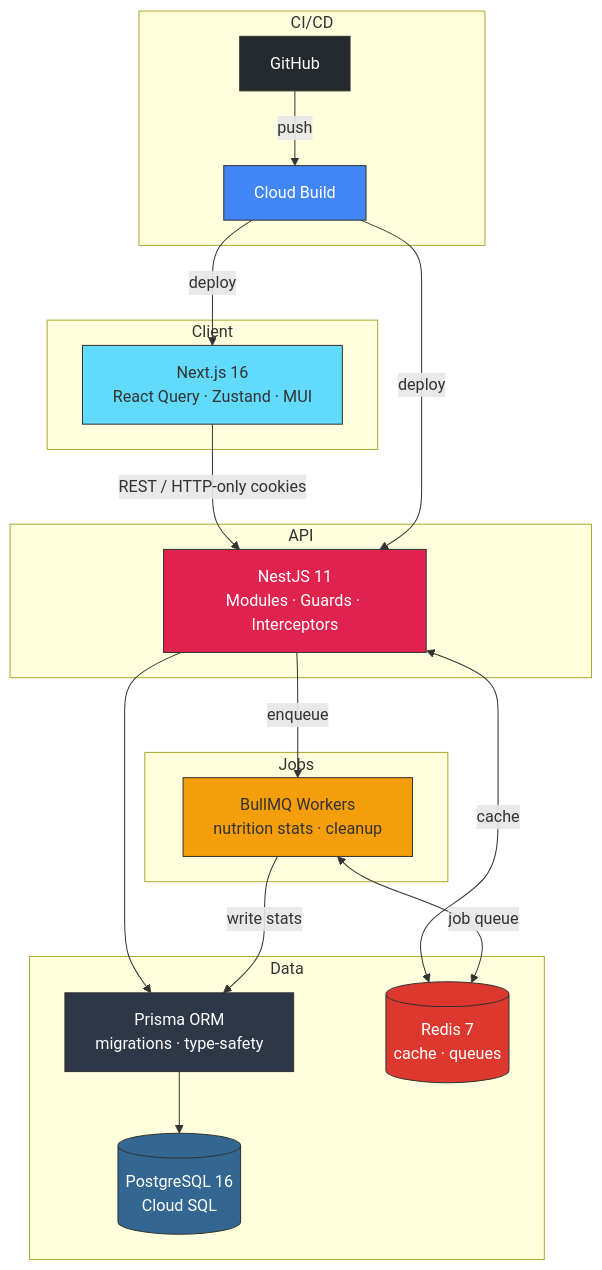
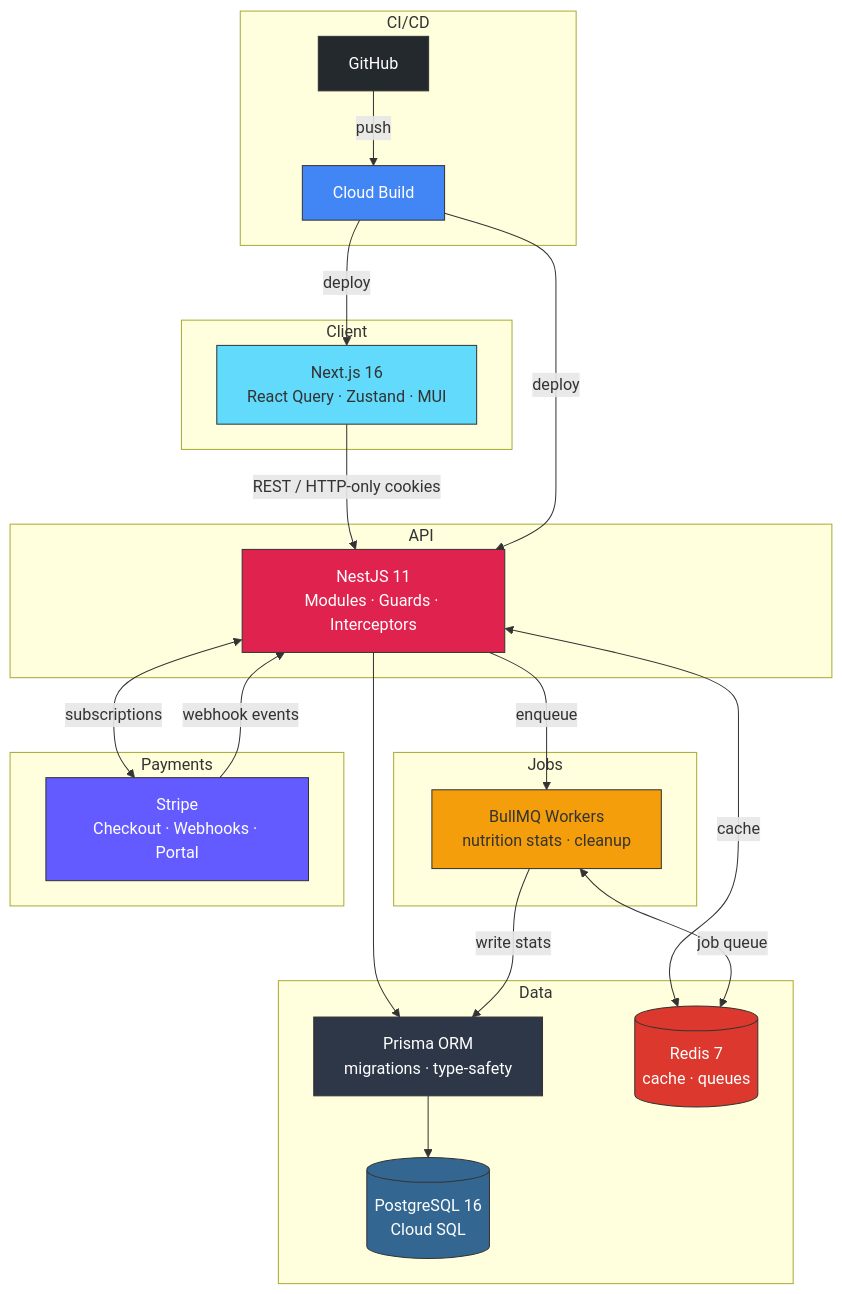
One commit to KacperGora/GymPal-Fullstack changed the diagram in README.md. Above: the diagram before and after it, drawn with Mermaid. The commit also changed other lines of this file, not shown here.

Commit message:
docs: add Architecture Decisions and Stripe payment flow to README

````diff
--- a/README.md
+++ b/README.md
@@ -25,43 +26,50 @@
 ```mermaid
 graph TD
     subgraph Client
         N[Next.js 16<br/>React Query · Zustand · MUI]
     end
 
     subgraph API
         NE[NestJS 11<br/>Modules · Guards · Interceptors]
     end
 
     subgraph Data
         PG[(PostgreSQL 16<br/>Cloud SQL)]
         PR[Prisma ORM<br/>migrations · type-safety]
         RD[(Redis 7<br/>cache · queues)]
     end
 
     subgraph Jobs
         BQ[BullMQ Workers<br/>nutrition stats · cleanup]
     end
 
+    subgraph Payments
+        ST[Stripe<br/>Checkout · Webhooks · Portal]
+    end
+
     N -->|REST / HTTP-only cookies| NE
     NE --> PR
     PR --> PG
     NE <-->|cache| RD
     NE -->|enqueue| BQ
     BQ -->|write stats| PR
     BQ <-->|job queue| RD
+    NE <-->|subscriptions| ST
+    ST -->|webhook events| NE
 
     subgraph CICD[CI/CD]
         GH[GitHub] -->|push| CB[Cloud Build]
         CB -->|deploy| N
         CB -->|deploy| NE
     end
 
     style N fill:#61dafb,stroke:#333
     style NE fill:#e0234e,color:#fff,stroke:#333
     style PG fill:#336791,color:#fff,stroke:#333
     style PR fill:#2d3748,color:#fff,stroke:#333
     style RD fill:#dc382d,color:#fff,stroke:#333
     style BQ fill:#f59e0b,stroke:#333
+    style ST fill:#635bff,color:#fff,stroke:#333
     style CB fill:#4285f4,color:#fff,stroke:#333
     style GH fill:#24292e,color:#fff,stroke:#333
 ```
````
